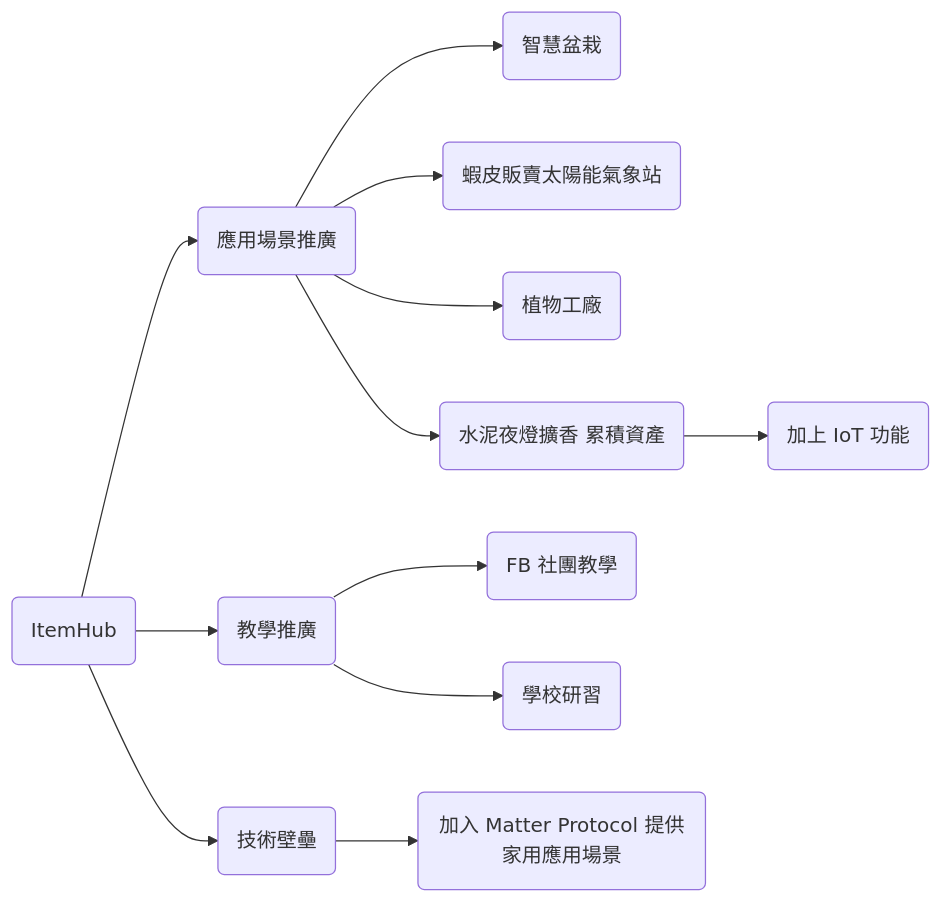
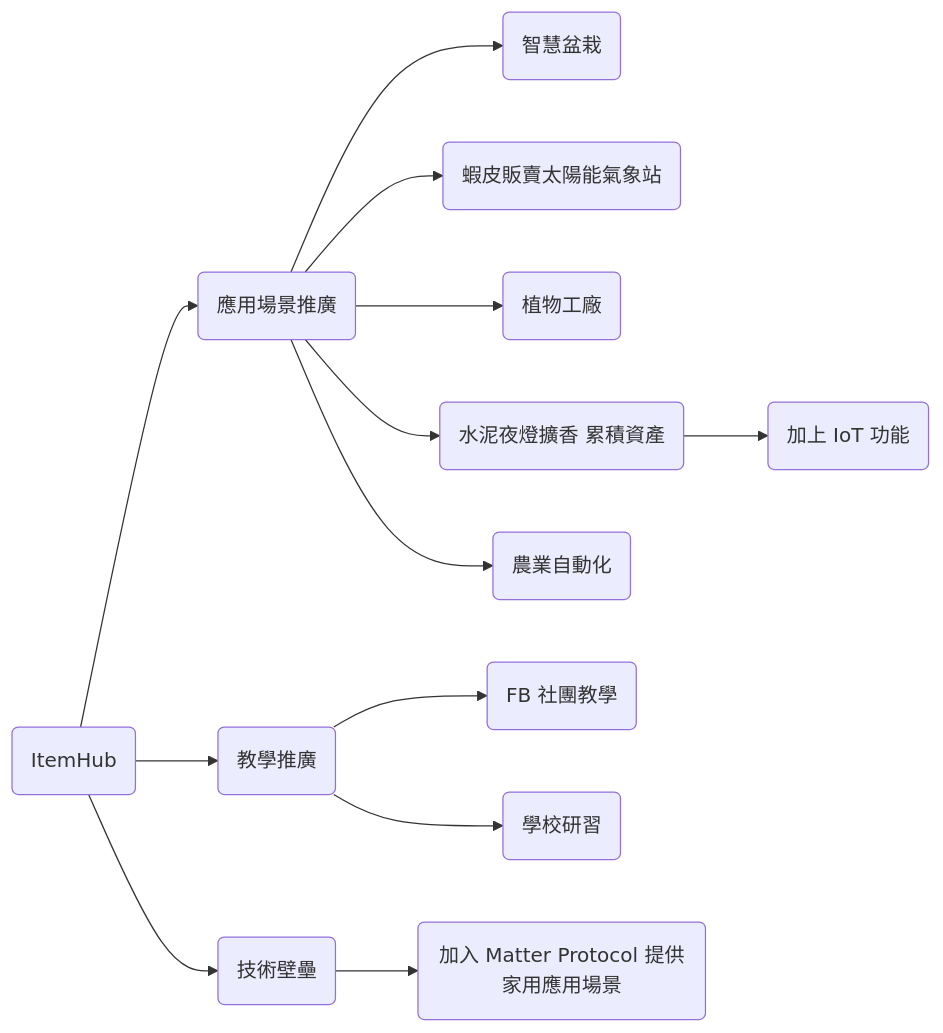
The diagram in README.md (miterfrants/itemhub), drawn with Mermaid before and after one commit.

````diff
--- a/README.md
+++ b/README.md
@@ -3,14 +3,15 @@
 ```mermaid
 graph LR
     A(ItemHub) --> B(應用場景推廣)
     B --> C(智慧盆栽)
     B --> D(蝦皮販賣太陽能氣象站)
     B --> E(植物工廠)
     B --> K(水泥夜燈擴香 累積資產)
+    B --> M(農業自動化)
     K --> L(加上 IoT 功能)
     A --> F(教學推廣)
     F --> G(FB 社團教學)
     F --> H(學校研習)
     A --> I(技術壁壘)
     I --> J(加入 Matter Protocol 提供家用應用場景)
 ```
````
